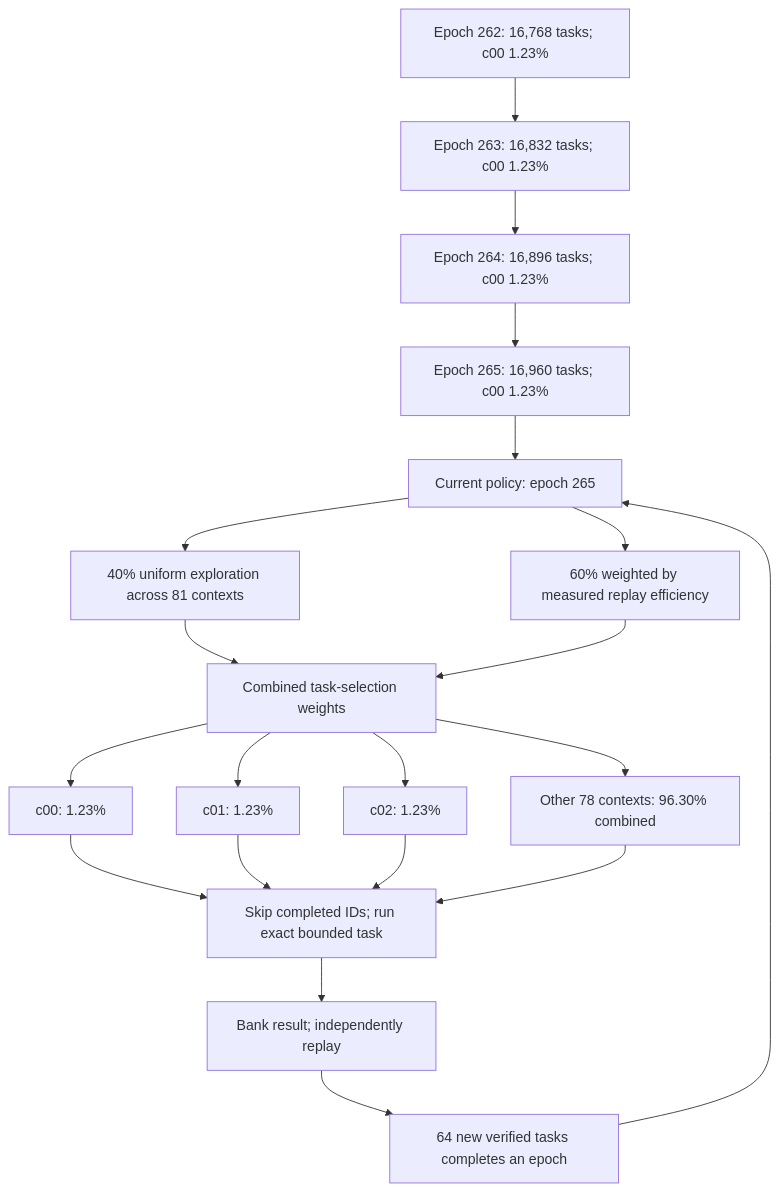
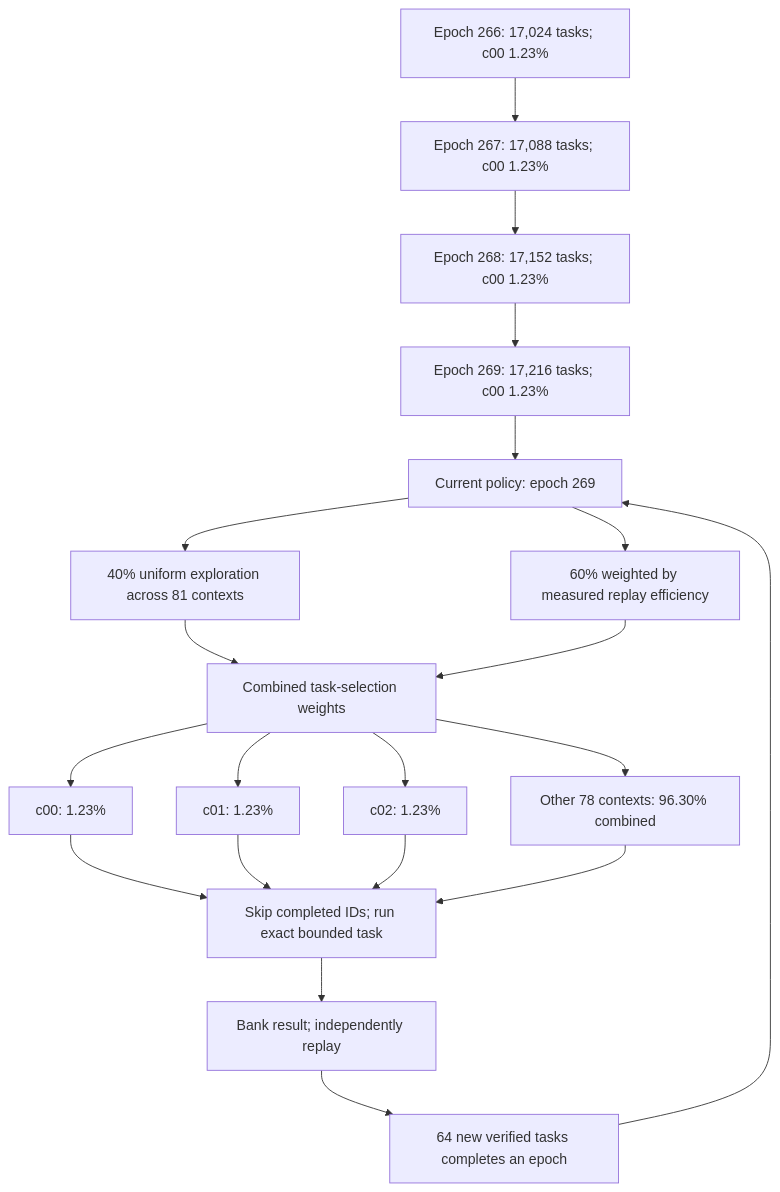
Before and after one commit to Kuberwastaken/math-gambling: the diagram in README.md, drawn with Mermaid. The commit also changed other lines of this file and 597 other files, not shown here.

````diff
--- a/README.md
+++ b/README.md
@@ -49,27 +49,27 @@
 ```mermaid
 flowchart TD
-    H0["Epoch 262: 16,768 tasks; c00 1.23%"]
-    H1["Epoch 263: 16,832 tasks; c00 1.23%"]
+    H0["Epoch 266: 17,024 tasks; c00 1.23%"]
+    H1["Epoch 267: 17,088 tasks; c00 1.23%"]
     H0 --> H1
-    H2["Epoch 264: 16,896 tasks; c00 1.23%"]
+    H2["Epoch 268: 17,152 tasks; c00 1.23%"]
     H1 --> H2
-    H3["Epoch 265: 16,960 tasks; c00 1.23%"]
+    H3["Epoch 269: 17,216 tasks; c00 1.23%"]
     H2 --> H3
-    Policy["Current policy: epoch 265"]
+    Policy["Current policy: epoch 269"]
     H3 --> Policy
     Policy --> Explore["40% uniform exploration across 81 contexts"]
     Policy --> Cost["60% weighted by measured replay efficiency"]
     Explore --> Mix["Combined task-selection weights"]
     Cost --> Mix
     Mix --> C0["c00: 1.23%"]
     Mix --> C1["c01: 1.23%"]
     Mix --> C2["c02: 1.23%"]
     Mix --> Rest["Other 78 contexts: 96.30% combined"]
     C0 --> Check["Skip completed IDs; run exact bounded task"]
     C1 --> Check
     C2 --> Check
     Rest --> Check
     Check --> Replay["Bank result; independently replay"]
     Replay --> Gate["64 new verified tasks completes an epoch"]
     Gate --> Policy
 ```
````
